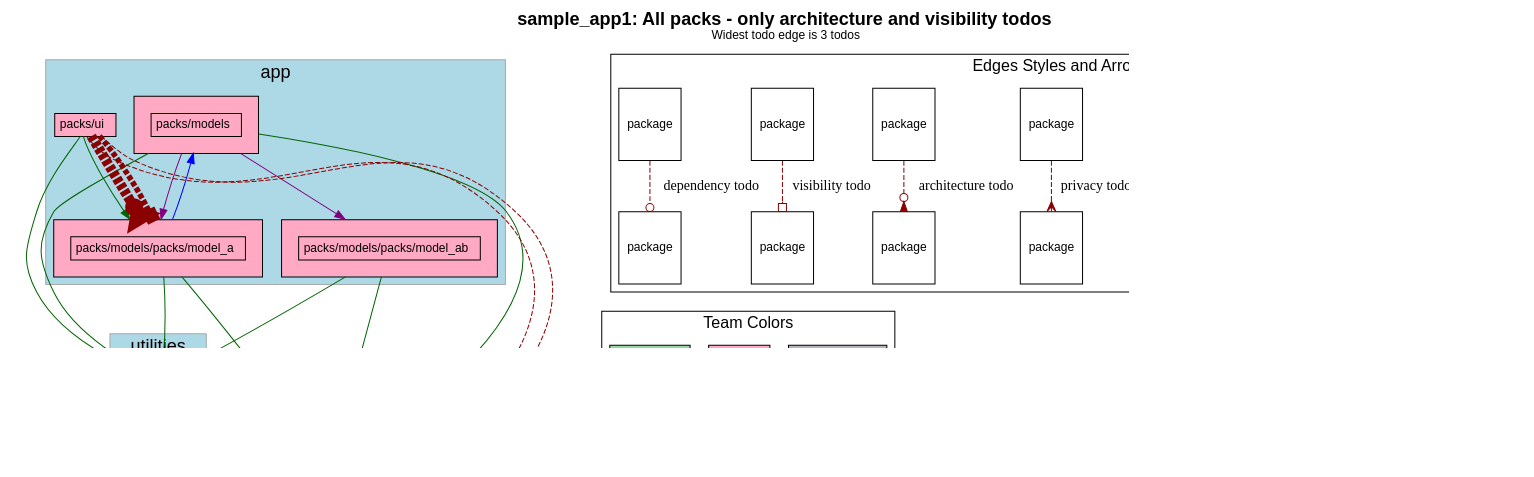
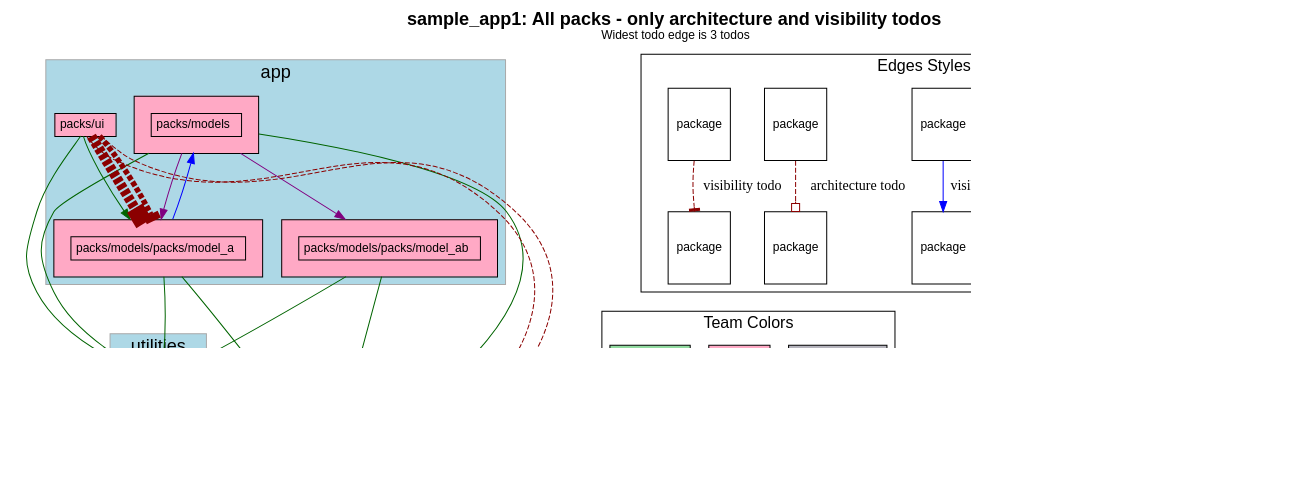
One commit to rubyatscale/visualize_packs changed the diagram in spec/sample_app1/test_output/only_todo_types.dot. Above: the diagram before and after it, drawn with Graphviz. The commit also changed 20 other files, not shown here.

```diff
--- a/spec/sample_app1/test_output/only_todo_types.dot
+++ b/spec/sample_app1/test_output/only_todo_types.dot
@@ -138,25 +138,25 @@
           "packs/models/packs/model_ab" -> "." [ color=darkgreen ]
           "packs/ui" -> "packs/models/packs/model_a" [ color=darkgreen ]
           "packs/ui" -> "packs/utility" [ color=darkgreen ]
-            "packs/ui" -> "." [ color=darkred style=dashed
+            "packs/ui" -> "." [
                 constraint=false
               # headlabel="architecture"
-                arrowhead=invodot
+color=darkred style=dashed arrowhead=obox
               penwidth=1.0            ]
-            "packs/ui" -> "." [ color=darkred style=dashed
+            "packs/ui" -> "." [
                 constraint=false
               # headlabel="visibility"
-                arrowhead=obox
+color=darkred style=dashed arrowhead=tee
               penwidth=1.0            ]
-            "packs/ui" -> "packs/models/packs/model_a" [ color=darkred style=dashed
+            "packs/ui" -> "packs/models/packs/model_a" [
                 constraint=false
               # headlabel="architecture"
-                arrowhead=invodot
+color=darkred style=dashed arrowhead=obox
               penwidth=10.0            ]
-            "packs/ui" -> "packs/models/packs/model_a" [ color=darkred style=dashed
+            "packs/ui" -> "packs/models/packs/model_a" [
                 constraint=false
               # headlabel="visibility"
-                arrowhead=obox
+color=darkred style=dashed arrowhead=tee
               penwidth=5.5            ]
           "packs/models" -> "packs/models/packs/model_a" [ color=purple ]
           "packs/models" -> "packs/models/packs/model_ab" [ color=purple ]
@@ -166,28 +166,22 @@
       label="Edges Styles and Arrow Heads"
       A [ fontsize=12 shape=box label="package"]
       B [ fontsize=12 shape=box label="package"]
+      A -> B [label="accepted dependency" color=darkgreen]
       K [ fontsize=12 shape=box label="package"]
       L [ fontsize=12 shape=box label="package"]
+      K -> L [label="nested package" color=purple]
       M [ fontsize=12 shape=box label="package"]
       N [ fontsize=12 shape=box label="package"]
-
-      C [ fontsize=12 shape=box label="package"]
-      D [ fontsize=12 shape=box label="package"]
+      M -> N [label="visibile to" color=blue]
       E [ fontsize=12 shape=box label="package"]
       F [ fontsize=12 shape=box label="package"]
+      E -> F [label="architecture todo" color=darkred style=dashed arrowhead=obox]
       G [ fontsize=12 shape=box label="package"]
       H [ fontsize=12 shape=box label="package"]
-      I [ fontsize=12 shape=box label="package"]
-      J [ fontsize=12 shape=box label="package"]
-
-      A -> B [label="accepted dependency" color=darkgreen]
-      K -> L [label="nested package" color=purple]
-      M -> N [label="visibile to" color=darkgreen]
-
-      C -> D [label="privacy todo" color=darkred style=dashed arrowhead=crow]
-      E -> F [label="architecture todo" color=darkred style=dashed arrowhead=invodot]
-      G -> H [label="visibility todo" color=darkred style=dashed arrowhead=obox]
-      I -> J [label="dependency todo" color=darkred style=dashed arrowhead=odot]
+      G -> H [label="visibility todo" color=darkred style=dashed arrowhead=tee]
+      LEGEND_NODE_1 [ label="" peripheries=0 height=0 width=0 style=invis ]
+      LEGEND_NODE_2 [ label="" peripheries=0 height=0 width=0 style=invis ]
+      LEGEND_NODE_1 -> LEGEND_NODE_2 [ style=invis ]
     }
   subgraph cluster_teams_legend {
     fontsize=16
@@ -218,5 +212,5 @@
       ]
 
   }
-    J -> "Utility TeamUtility Team" [style=invis]
+    LEGEND_NODE_2 -> "Utility TeamUtility Team" [style=invis]
 }
```
